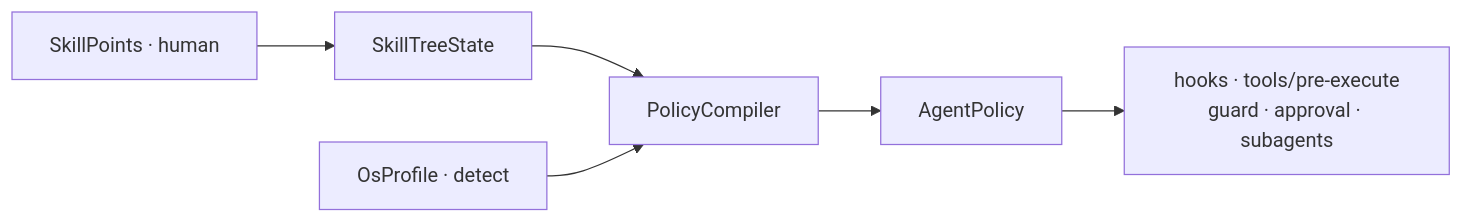
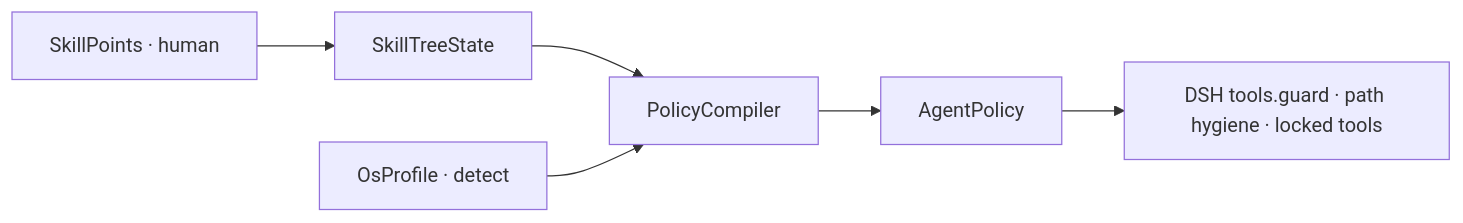
One commit to Kinfxhk/agent-skilltree changed the diagram in README.md. Above: the diagram before and after it, drawn with Mermaid. The commit also changed other lines of this file and 54 other files, not shown here.

Commit message:
M1: 51-node policy tree, presets, DSH guard, shared state UI

````diff
--- a/README.md
+++ b/README.md
@@ -16,8 +24,8 @@
 ```mermaid
 flowchart LR
   SP[SkillPoints · human] --> STS[SkillTreeState]
   STS --> PC[PolicyCompiler]
   OSP[OsProfile · detect] --> PC
   PC --> AP[AgentPolicy]
-  AP --> HX["hooks · tools/pre-execute\nguard · approval · subagents"]
+  AP --> HX["DSH tools.guard · path hygiene · locked tools"]
 ```
````
